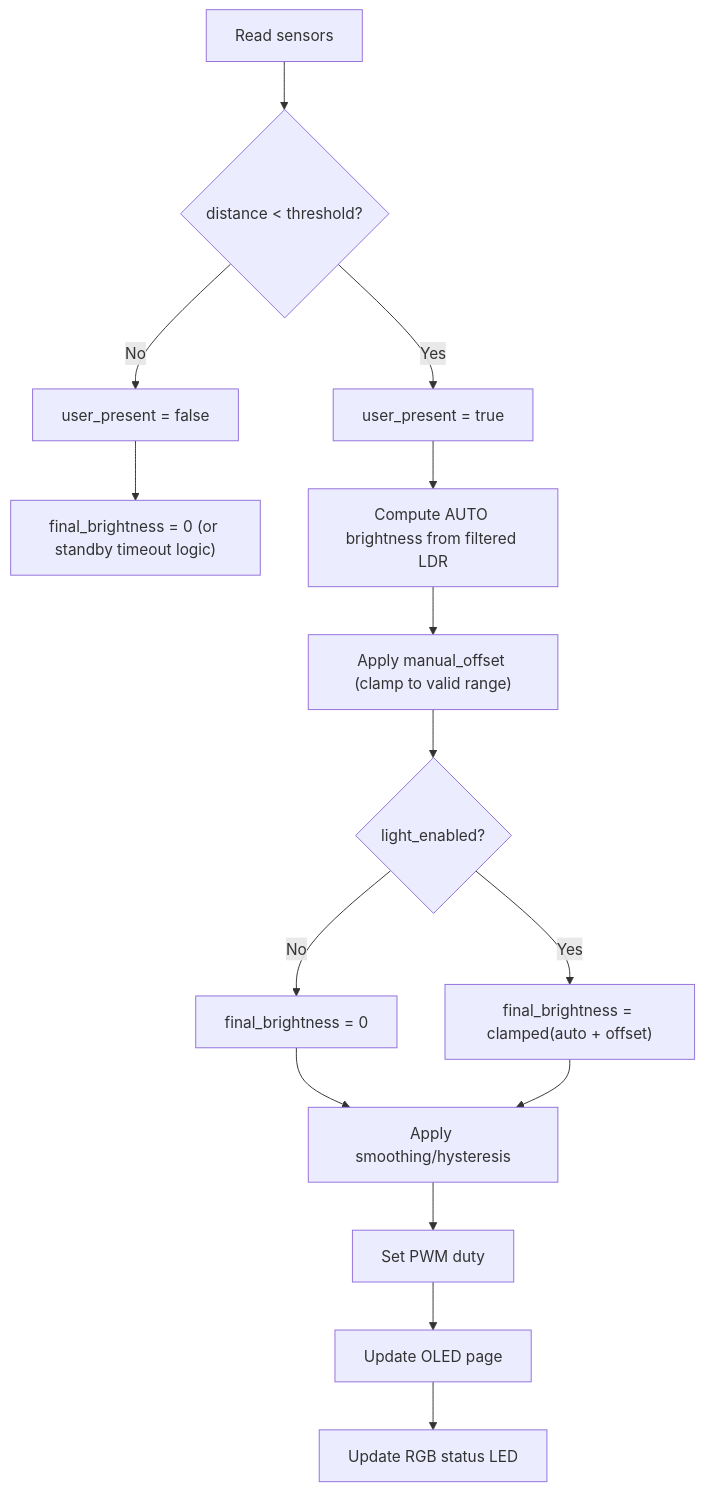
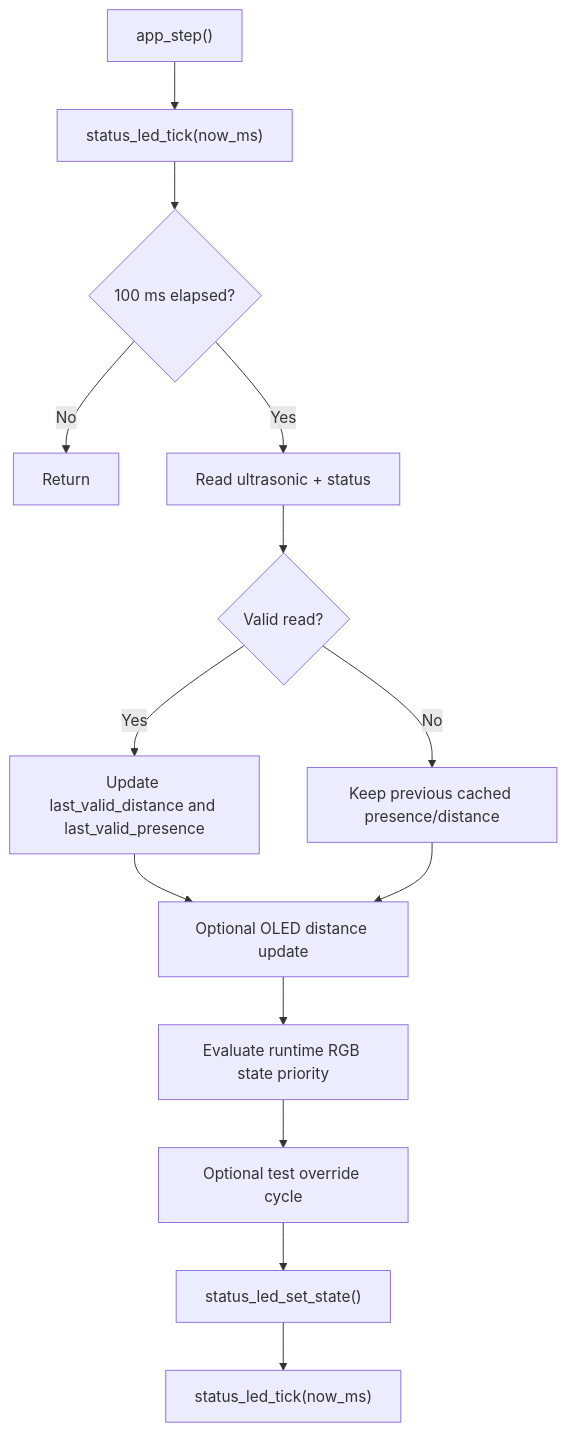
The first of 2 diagrams in docs/architecture/business-logic.md (RJTPP/S-ADAPT-IoT), drawn with Mermaid before and after one commit. The commit also changed other lines of this file and 6 other files, not shown here.

First line of the commit message:
Feat/rgb led (#9)

````diff
--- a/docs/architecture/business-logic.md
+++ b/docs/architecture/business-logic.md
@@ -28,17 +32,16 @@
 ```mermaid
 flowchart TD
-    A["Read sensors"] --> B{"distance < threshold?"}
-    B -- "No" --> C["user_present = false"]
-    C --> D["final_brightness = 0 (or standby timeout logic)"]
-    B -- "Yes" --> E["user_present = true"]
-    E --> F["Compute AUTO brightness from filtered LDR"]
-    F --> G["Apply manual_offset (clamp to valid range)"]
-    G --> H{"light_enabled?"}
-    H -- "No" --> I["final_brightness = 0"]
-    H -- "Yes" --> J["final_brightness = clamped(auto + offset)"]
-    I --> K["Apply smoothing/hysteresis"]
-    J --> K
-    K --> L["Set PWM duty"]
-    L --> M["Update OLED page"]
-    M --> N["Update RGB status LED"]
+    A["app_step()"] --> B["status_led_tick(now_ms)"]
+    B --> C{"100 ms elapsed?"}
+    C -- "No" --> D["Return"]
+    C -- "Yes" --> E["Read ultrasonic + status"]
+    E --> F{"Valid read?"}
+    F -- "Yes" --> G["Update last_valid_distance and last_valid_presence"]
+    F -- "No" --> H["Keep previous cached presence/distance"]
+    G --> I["Optional OLED distance update"]
+    H --> I
+    I --> J["Evaluate runtime RGB state priority"]
+    J --> K["Optional test override cycle"]
+    K --> L["status_led_set_state()"]
+    L --> M["status_led_tick(now_ms)"]
 ```
````
